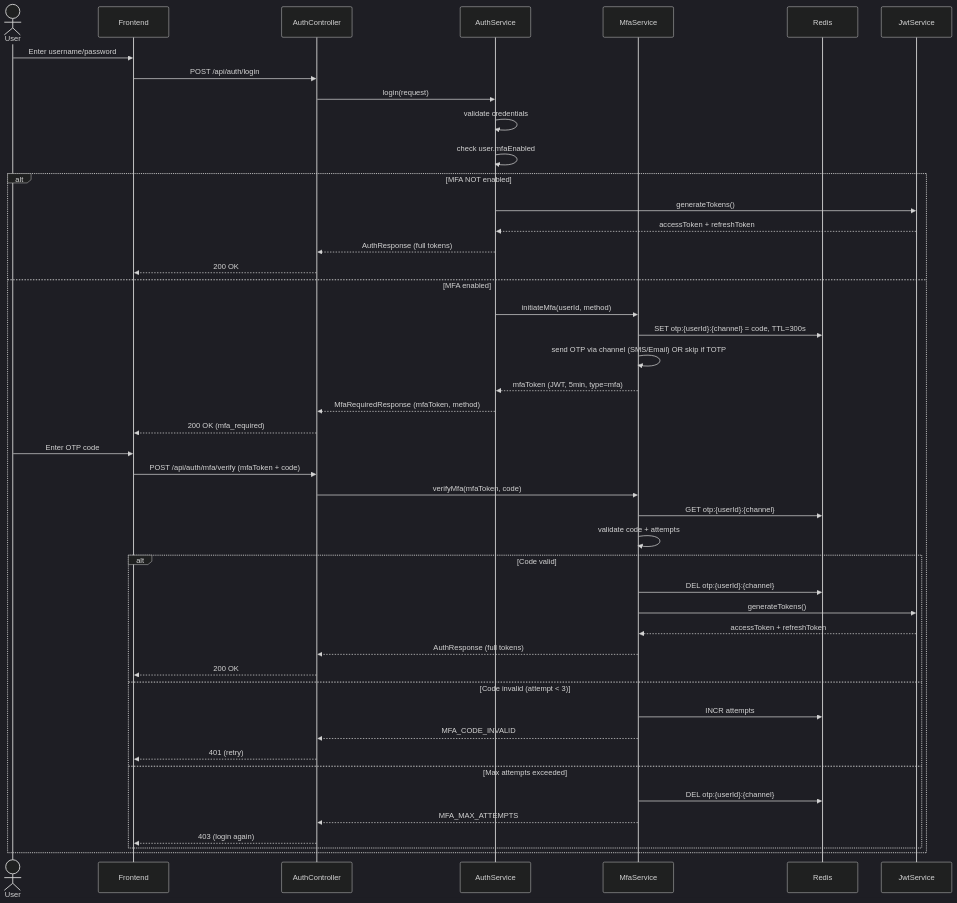
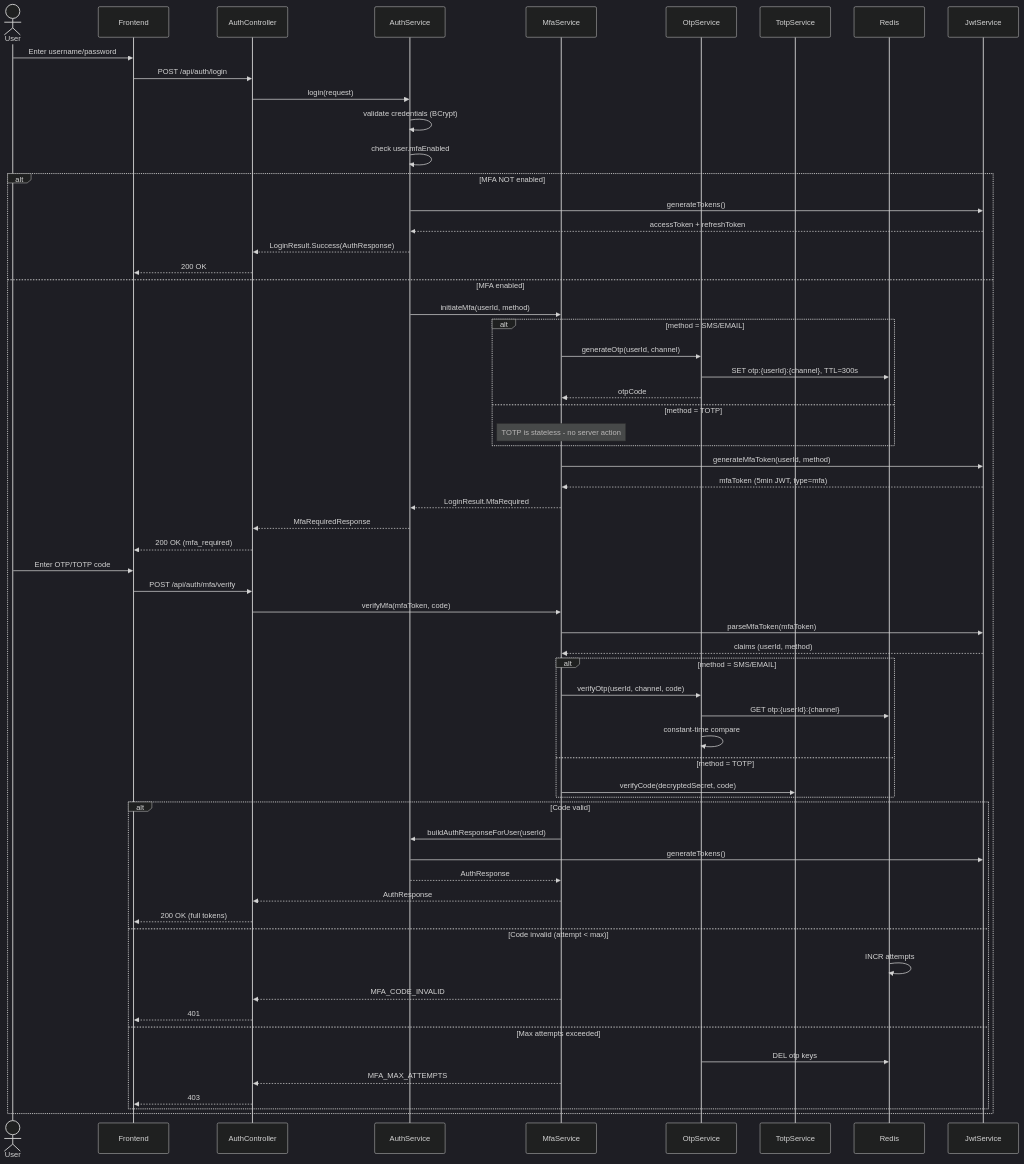
Before and after one commit to nguyentthai96/auth-service: the fifth of 8 diagrams in openspec/research/auth-core-features/technical_spec.md, drawn with Mermaid (dark theme). The commit also changed other lines of this file and 93 other files, not shown here.

Commit message:
chore(auth-service): update generated openspec and pipeline artifacts for feature 1 and 2, start feature 3

````diff
--- a/openspec/research/auth-core-features/technical_spec.md
+++ b/openspec/research/auth-core-features/technical_spec.md
@@ -135,52 +330,71 @@
 ```mermaid
 sequenceDiagram
     actor User
     participant FE as Frontend
     participant AC as AuthController
     participant AS as AuthService
     participant MS as MfaService
+    participant OS as OtpService
+    participant TS as TotpService
     participant Redis
     participant JWT as JwtService
 
     User->>FE: Enter username/password
     FE->>AC: POST /api/auth/login
     AC->>AS: login(request)
-    AS->>AS: validate credentials
+    AS->>AS: validate credentials (BCrypt)
     AS->>AS: check user.mfaEnabled
 
     alt MFA NOT enabled
         AS->>JWT: generateTokens()
         JWT-->>AS: accessToken + refreshToken
-        AS-->>AC: AuthResponse (full tokens)
+        AS-->>AC: LoginResult.Success(AuthResponse)
         AC-->>FE: 200 OK
     else MFA enabled
         AS->>MS: initiateMfa(userId, method)
-        MS->>Redis: SET otp:{userId}:{channel} = code, TTL=300s
-        MS->>MS: send OTP via channel (SMS/Email) OR skip if TOTP
-        MS-->>AS: mfaToken (JWT, 5min, type=mfa)
-        AS-->>AC: MfaRequiredResponse (mfaToken, method)
+
+        alt method = SMS/EMAIL
+            MS->>OS: generateOtp(userId, channel)
+            OS->>Redis: SET otp:{userId}:{channel}, TTL=300s
+            OS-->>MS: otpCode
+        else method = TOTP
+            Note over MS: TOTP is stateless - no server action
+        end
+
+        MS->>JWT: generateMfaToken(userId, method)
+        JWT-->>MS: mfaToken (5min JWT, type=mfa)
+        MS-->>AS: LoginResult.MfaRequired
+        AS-->>AC: MfaRequiredResponse
         AC-->>FE: 200 OK (mfa_required)
 
-        User->>FE: Enter OTP code
-        FE->>AC: POST /api/auth/mfa/verify (mfaToken + code)
+        User->>FE: Enter OTP/TOTP code
+        FE->>AC: POST /api/auth/mfa/verify
         AC->>MS: verifyMfa(mfaToken, code)
-        MS->>Redis: GET otp:{userId}:{channel}
-        MS->>MS: validate code + attempts
+        MS->>JWT: parseMfaToken(mfaToken)
+        JWT-->>MS: claims (userId, method)
+
+        alt method = SMS/EMAIL
+            MS->>OS: verifyOtp(userId, channel, code)
+            OS->>Redis: GET otp:{userId}:{channel}
+            OS->>OS: constant-time compare
+        else method = TOTP
+            MS->>TS: verifyCode(decryptedSecret, code)
+        end
 
         alt Code valid
-            MS->>Redis: DEL otp:{userId}:{channel}
-            MS->>JWT: generateTokens()
-            JWT-->>MS: accessToken + refreshToken
-            MS-->>AC: AuthResponse (full tokens)
-            AC-->>FE: 200 OK
-        else Code invalid (attempt < 3)
-            MS->>Redis: INCR attempts
+            MS->>AS: buildAuthResponseForUser(userId)
+            AS->>JWT: generateTokens()
+            AS-->>MS: AuthResponse
+            MS-->>AC: AuthResponse
+            AC-->>FE: 200 OK (full tokens)
+        else Code invalid (attempt < max)
+            Redis->>Redis: INCR attempts
             MS-->>AC: MFA_CODE_INVALID
-            AC-->>FE: 401 (retry)
+            AC-->>FE: 401
         else Max attempts exceeded
-            MS->>Redis: DEL otp:{userId}:{channel}
+            OS->>Redis: DEL otp keys
             MS-->>AC: MFA_MAX_ATTEMPTS
-            AC-->>FE: 403 (login again)
+            AC-->>FE: 403
         end
     end
 ```
````
